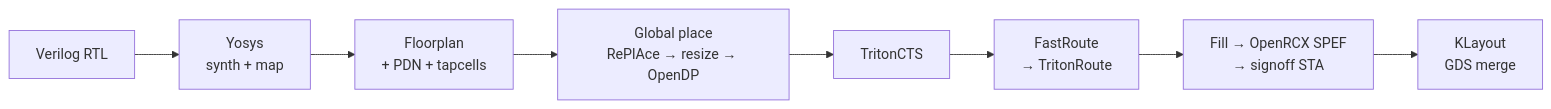
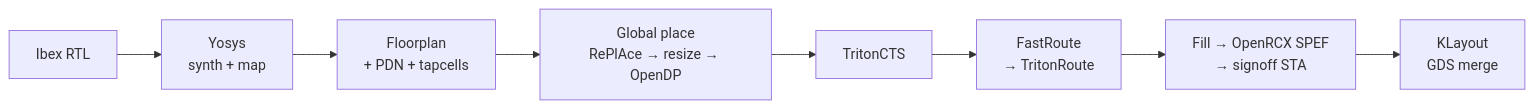
The diagram in README.md (cosmosmining/Synthesis), drawn with Mermaid before and after one commit. The commit also changed other lines of this file and 4 other files, not shown here.

````diff
--- a/README.md
+++ b/README.md
@@ -51,10 +48,10 @@
 ```mermaid
 flowchart LR
-  RTL["Verilog RTL"] --> Y["Yosys<br/>synth + map"]
+  RTL["Ibex RTL"] --> Y["Yosys<br/>synth + map"]
   Y --> FP["Floorplan<br/>+ PDN + tapcells"]
   FP --> PL["Global place<br/>RePlAce → resize → OpenDP"]
   PL --> CTS["TritonCTS"]
   CTS --> RT["FastRoute<br/>→ TritonRoute"]
   RT --> FIN["Fill → OpenRCX SPEF<br/>→ signoff STA"]
   FIN --> GDS["KLayout<br/>GDS merge"]
 ```
````
